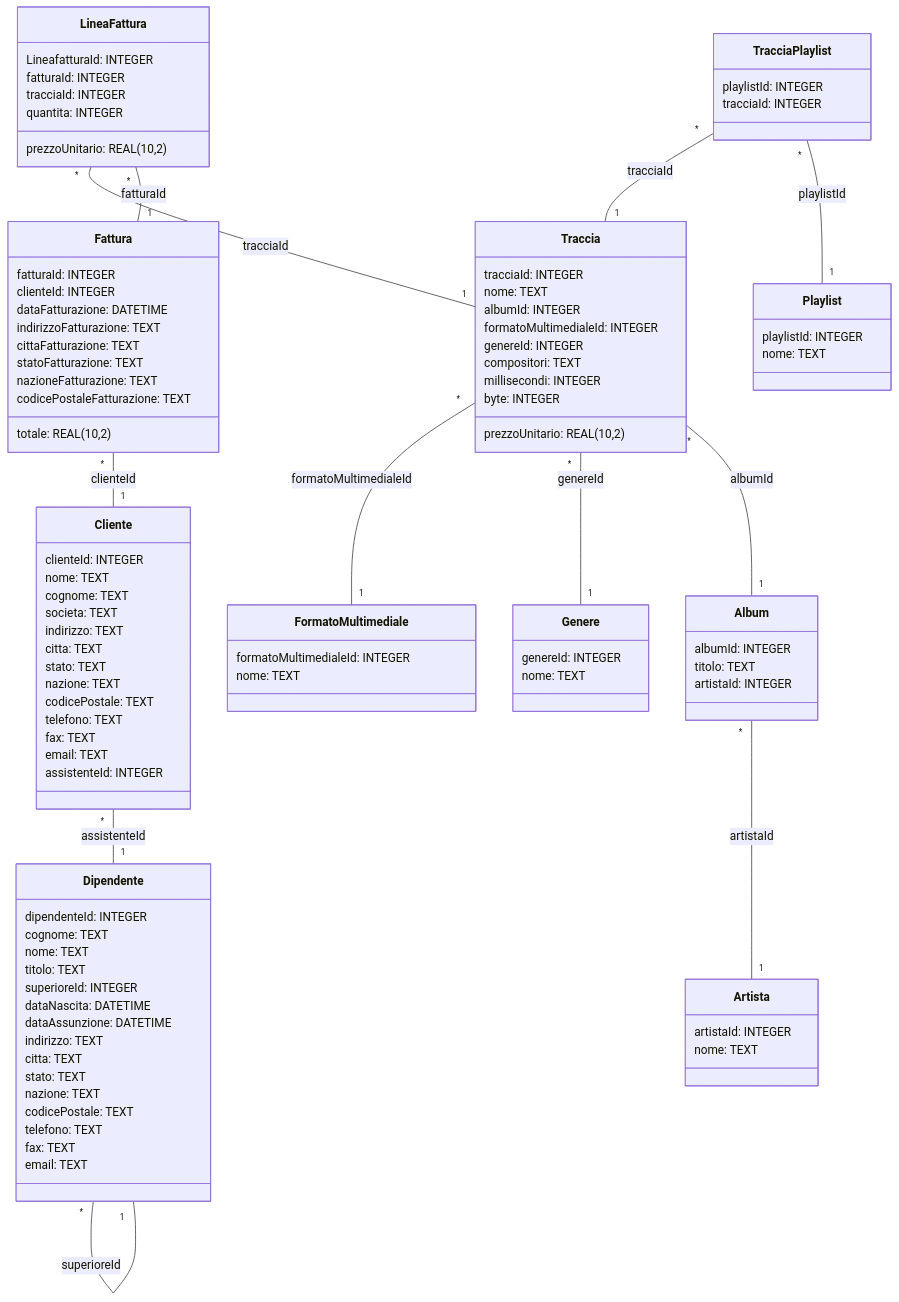
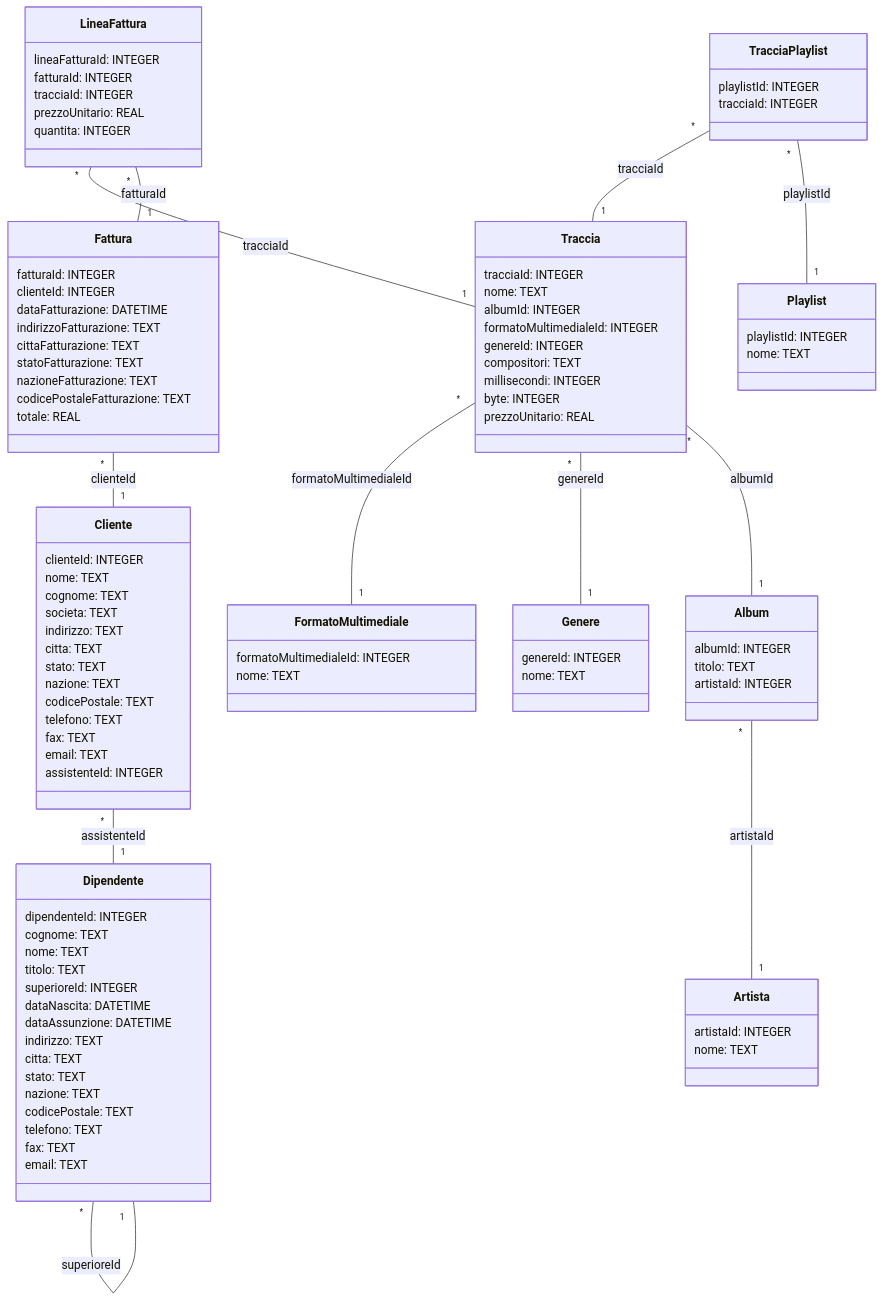
One commit to gionatamassibenincasa/database-didattici changed the diagram in chinook-it/doc/chinook-it.mermaid. Above: the diagram before and after it, drawn with Mermaid. The commit also changed 6 other files, not shown here.

```diff
--- a/chinook-it/doc/chinook-it.mermaid
+++ b/chinook-it/doc/chinook-it.mermaid
@@ -1,109 +1,109 @@
 classDiagram
 class Album {
 	albumId: INTEGER
 	titolo: TEXT
 	artistaId: INTEGER
 }
 
 class Artista {
 	artistaId: INTEGER
 	nome: TEXT
 }
 
 class Cliente {
 	clienteId: INTEGER
 	nome: TEXT
 	cognome: TEXT
 	societa: TEXT
 	indirizzo: TEXT
 	citta: TEXT
 	stato: TEXT
 	nazione: TEXT
 	codicePostale: TEXT
 	telefono: TEXT
 	fax: TEXT
 	email: TEXT
 	assistenteId: INTEGER
 }
 
 class Dipendente {
 	dipendenteId: INTEGER
 	cognome: TEXT
 	nome: TEXT
 	titolo: TEXT
 	superioreId: INTEGER
 	dataNascita: DATETIME
 	dataAssunzione: DATETIME
 	indirizzo: TEXT
 	citta: TEXT
 	stato: TEXT
 	nazione: TEXT
 	codicePostale: TEXT
 	telefono: TEXT
 	fax: TEXT
 	email: TEXT
 }
 
 class Genere {
 	genereId: INTEGER
 	nome: TEXT
 }
 
 class Fattura {
 	fatturaId: INTEGER
 	clienteId: INTEGER
 	dataFatturazione: DATETIME
 	indirizzoFatturazione: TEXT
 	cittaFatturazione: TEXT
 	statoFatturazione: TEXT
 	nazioneFatturazione: TEXT
 	codicePostaleFatturazione: TEXT
-	totale: REAL(10,2)
+	totale: REAL
 }
 
 class LineaFattura {
-	LineafatturaId: INTEGER
+	lineaFatturaId: INTEGER
 	fatturaId: INTEGER
 	tracciaId: INTEGER
-	prezzoUnitario: REAL(10,2)
+	prezzoUnitario: REAL
 	quantita: INTEGER
 }
 
 class FormatoMultimediale {
 	formatoMultimedialeId: INTEGER
 	nome: TEXT
 }
 
 class Playlist {
 	playlistId: INTEGER
 	nome: TEXT
 }
 
 class TracciaPlaylist {
 	playlistId: INTEGER
 	tracciaId: INTEGER
 }
 
 class Traccia {
 	tracciaId: INTEGER
 	nome: TEXT
 	albumId: INTEGER
 	formatoMultimedialeId: INTEGER
 	genereId: INTEGER
 	compositori: TEXT
 	millisecondi: INTEGER
 	byte: INTEGER
-	prezzoUnitario: REAL(10,2)
+	prezzoUnitario: REAL
 }
 
 Album "*" -- "1" Artista : artistaId
 Cliente "*" -- "1" Dipendente : assistenteId
 Dipendente "*" -- "1" Dipendente : superioreId
 Fattura "*" -- "1" Cliente : clienteId
 LineaFattura "*" -- "1" Traccia : tracciaId
 LineaFattura "*" -- "1" Fattura : fatturaId
 TracciaPlaylist "*" -- "1" Traccia : tracciaId
 TracciaPlaylist "*" -- "1" Playlist : playlistId
 Traccia "*" -- "1" FormatoMultimediale : formatoMultimedialeId
 Traccia "*" -- "1" Genere : genereId
 Traccia "*" -- "1" Album : albumId
```
